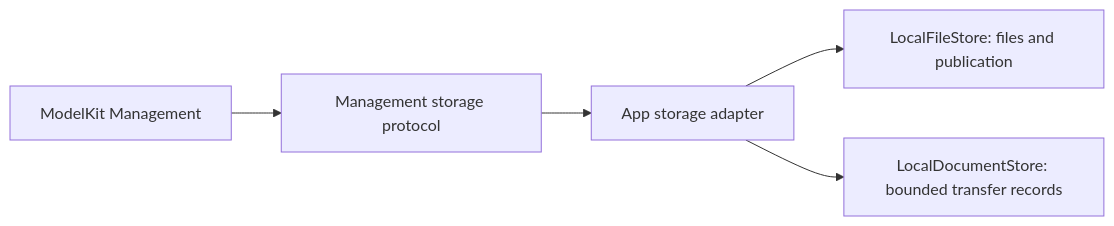
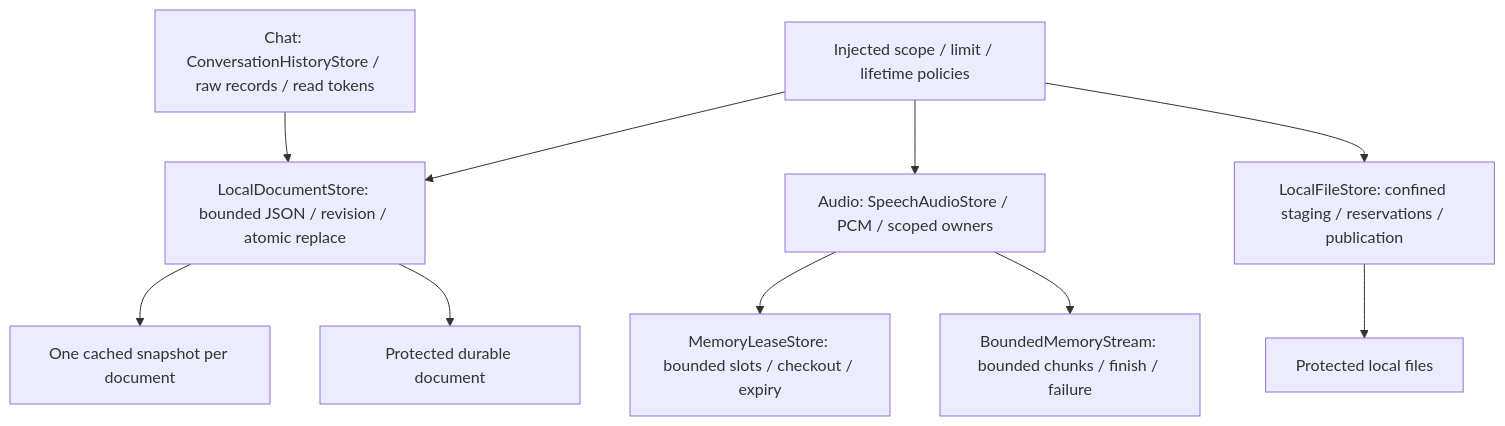
The second of 3 diagrams in MobileHarness/Storage/README.md (devilyouwei/MobileHarness), drawn with Mermaid before and after one commit. The commit also changed other lines of this file and 238 other files, not shown here.

````diff
--- a/MobileHarness/Storage/README.md
+++ b/MobileHarness/Storage/README.md
@@ -102,7 +32,12 @@
 ```mermaid
-flowchart LR
-    Management[ModelKit Management] --> Protocol[Management storage protocol]
-    Protocol --> Adapter[App storage adapter]
-    Adapter --> Files[LocalFileStore: files and publication]
-    Adapter --> Docs[LocalDocumentStore: bounded transfer records]
+flowchart TB
+    Chat[Chat: ConversationHistoryStore / raw records / read tokens] --> Document[LocalDocumentStore: bounded JSON / revision / atomic replace]
+    Audio[Audio: SpeechAudioStore / PCM / scoped owners] --> Leases[MemoryLeaseStore: bounded slots / checkout / expiry]
+    Audio --> Streams[BoundedMemoryStream: bounded chunks / finish / failure]
+    Document --> Cache[One cached snapshot per document]
+    Document --> Disk[Protected durable document]
+    Files[LocalFileStore: confined staging / reservations / publication] --> DiskFiles[Protected local files]
+    Owners[Injected scope / limit / lifetime policies] --> Audio
+    Owners --> Document
+    Owners --> Files
 ```
````
